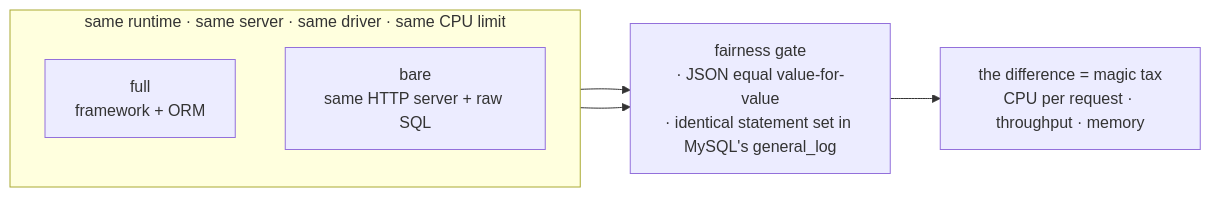
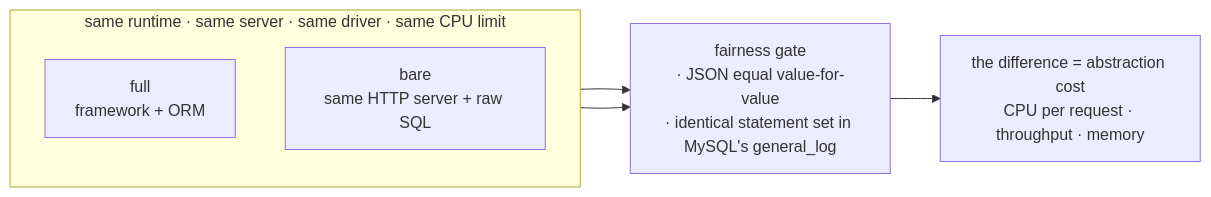
The diagram in data/posts/2026-09-01-framework-magic-tax.en.mdx (MartianLee/martianlee.github.com), drawn with Mermaid before and after one commit. The commit also changed other lines of this file and 3 other files, not shown here.

First line of the commit message:
post(magic-tax): 「마법세」를 「추상화 비용」으로 교체 (KO+EN)

````diff
--- a/data/posts/2026-09-01-framework-magic-tax.en.mdx
+++ b/data/posts/2026-09-01-framework-magic-tax.en.mdx
@@ -89,12 +89,12 @@
 ```mermaid
 flowchart LR
     subgraph RB["same runtime · same server · same driver · same CPU limit"]
         direction TB
         F["full<br/>framework + ORM"]
         B["bare<br/>same HTTP server + raw SQL"]
     end
     GATE["fairness gate<br/>· JSON equal value-for-value<br/>· identical statement set in MySQL's general_log"]
     F --> GATE
     B --> GATE
-    GATE --> T["the difference = magic tax<br/>CPU per request · throughput · memory"]
+    GATE --> T["the difference = abstraction cost<br/>CPU per request · throughput · memory"]
 ```
````
